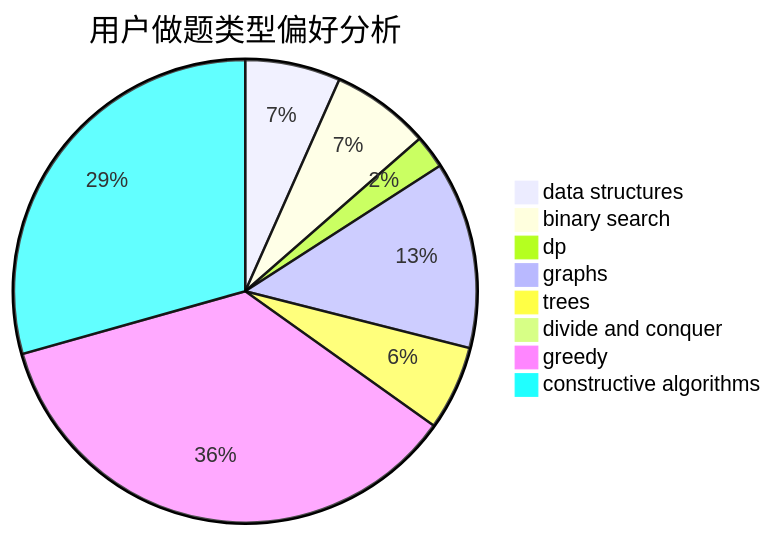
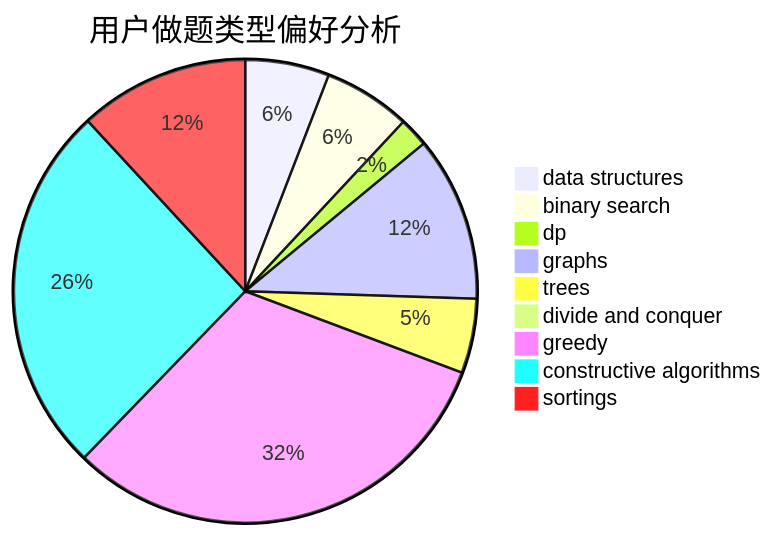
The second of 3 diagrams in docs/user/u267.md (sherpahu/cfrs.github.io), drawn with Mermaid before and after one commit. The commit also changed other lines of this file and 2769 other files, not shown here.

````diff
--- a/docs/user/u267.md
+++ b/docs/user/u267.md
@@ -23,11 +18,12 @@
 ```mermaid
 pie title 用户做题类型偏好分析
     "data structures" :  80
     "binary search" :  83
     "dp" :  28
     "graphs" :  157
     "trees" :  71
     "divide and conquer" :  0
     "greedy" :  430
     "constructive algorithms" :  353
+    "sortings" :  162
 ```
````
